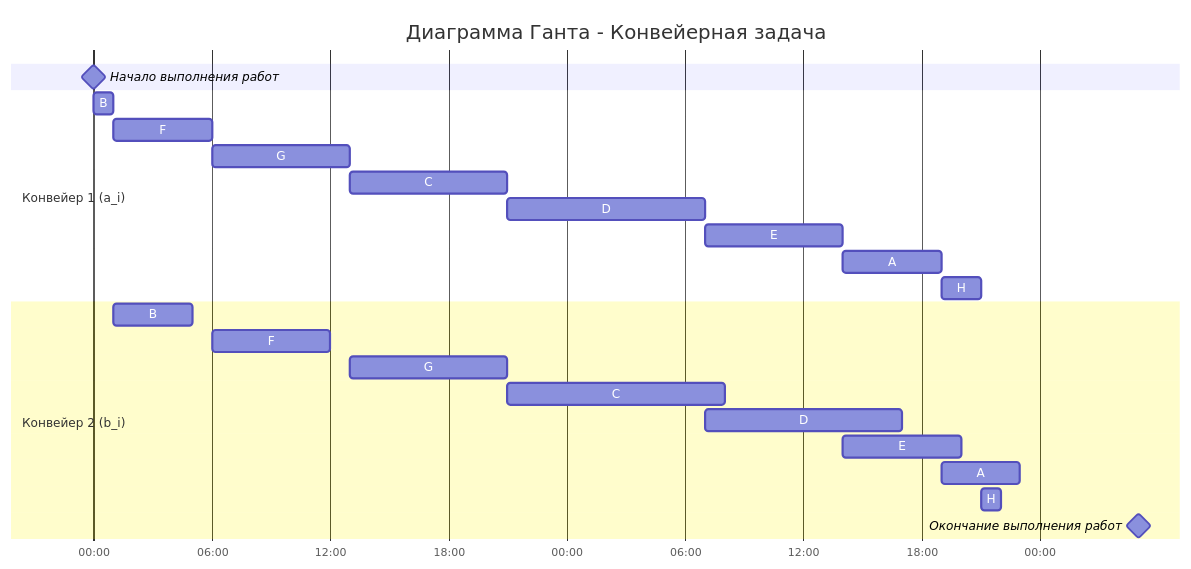
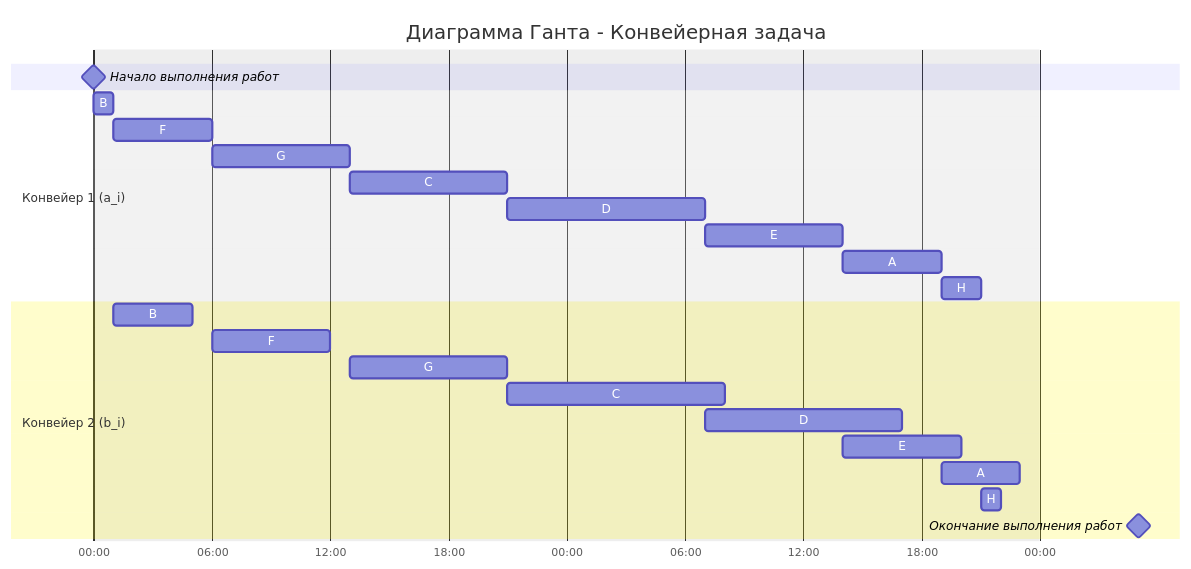
One commit to hse-algo-psapr-25/manual-tasks changed the second of 2 diagrams in Задание 8/mergesort.md. Above: the diagram before and after it, drawn with Mermaid. The commit also changed other lines of this file, not shown here.

Commit message:
Конвеерная задача должна отображаться лучше

````diff
--- a/Задание 8/mergesort.md
+++ b/Задание 8/mergesort.md
@@ -93,29 +93,31 @@
 ```mermaid
 gantt
     title Диаграмма Ганта - Конвейерная задача
     dateFormat DD HH:mm    
     axisFormat  %H:%M
+    excludes weekends
+
     Начало выполнения работ : milestone, m1, 01 00:00, 0h
 
     section Конвейер 1 (a_i)
     B :a1, 01 00:00, 1h
     F :a2, after a1, 5h
     G :a3, after a2, 7h
     C :a4, after a3, 8h
     D :a5, after a4, 10h
     E :a6, after a5, 7h
     A :a7, after a6, 5h
     H :a8, after a7, 2h
 
     section Конвейер 2 (b_i)
     B :b1, after a1, 4h
     F :b2, after a2, 6h
     G :b3, after a3, 8h
     C :b4, after a4, 11h
     D :b5, after a5, 10h
     E :b6, after a6, 6h
     A :b7, after a7, 4h
     H :b8, after a8, 1h
     
     Окончание выполнения работ : milestone, m2, 03 05:00, 0h
 ```
````
